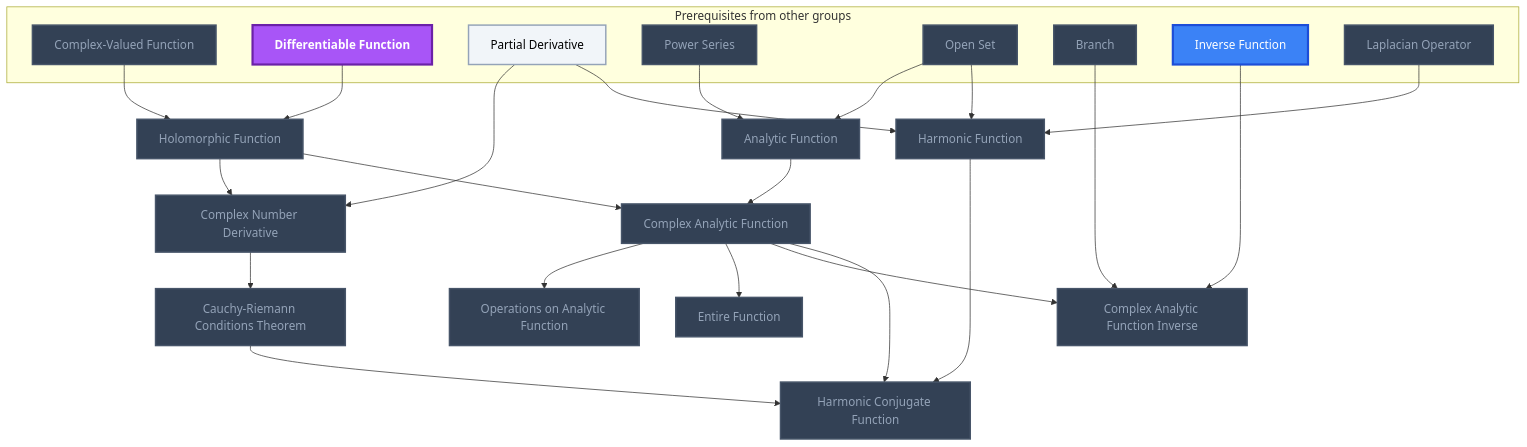
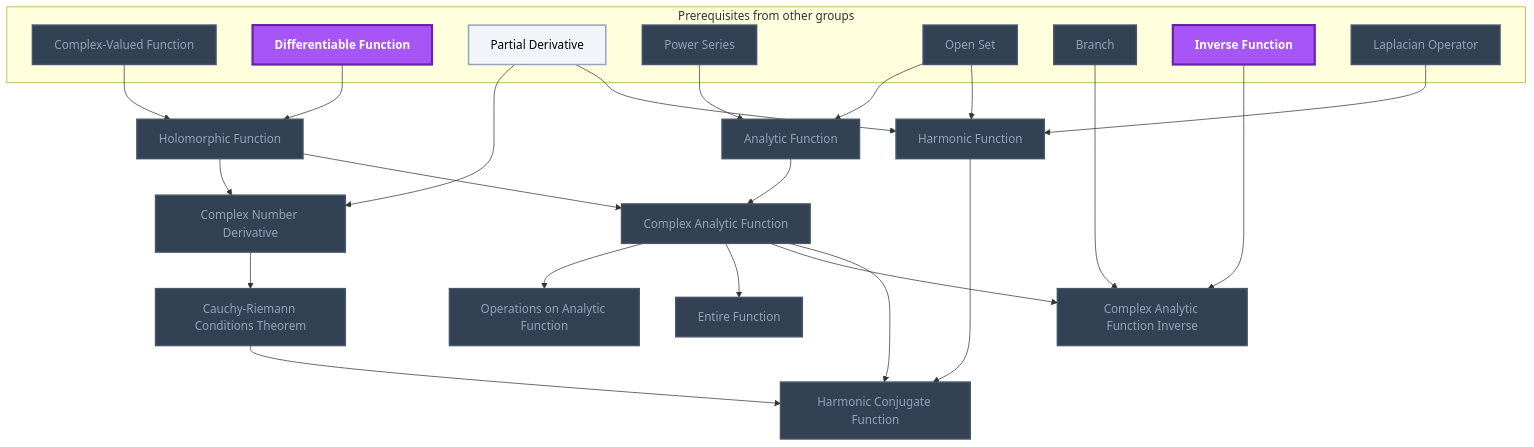
The sixth of 19 diagrams in Gamification/Skill Trees/Complex Analysis.md (MRauf1/My-Notes), drawn with Mermaid before and after one commit. The commit also changed other lines of this file and 57 other files, not shown here.

````diff
--- a/Gamification/Skill Trees/Complex Analysis.md
+++ b/Gamification/Skill Trees/Complex Analysis.md
@@ -230,57 +232,56 @@
 ```mermaid
 flowchart TD
     classDef planned fill:#1E293B,stroke:#64748B,stroke-width:2px,stroke-dasharray:5 5,color:#94A3B8;
     classDef locked fill:#334155,stroke:#475569,stroke-width:2px,color:#94A3B8;
     classDef L0 fill:#F1F5F9,stroke:#94A3B8,stroke-width:2px,color:#000000;
     classDef L1 fill:#22C55E,stroke:#15803D,stroke-width:2px,color:#000000;
     classDef L2 fill:#3B82F6,stroke:#1D4ED8,stroke-width:3px,color:#FFFFFF;
     classDef L3 fill:#A855F7,stroke:#6B21A8,stroke-width:3px,color:#FFFFFF,font-weight:bold;
     classDef L4 fill:#F97316,stroke:#C2410C,stroke-width:4px,color:#000000,font-weight:bold;
     classDef L5 fill:#FFD700,stroke:#FF8C00,stroke-width:5px,color:#000000,font-weight:bold;
     classDef rusty stroke:#8B4513,stroke-width:4px,stroke-dasharray:3 3;
     subgraph sg_prereqs["Prerequisites from other groups"]
         n_complex_valued_function["Complex-Valued Function"]
         n_differentiable_function["Differentiable Function"]
         n_partial_derivative["Partial Derivative"]
         n_power_series["Power Series"]
         n_open_set["Open Set"]
         n_branch["Branch"]
         n_inverse_function["Inverse Function"]
         n_laplacian_operator["Laplacian Operator"]
     end
     n_holomorphic_function["Holomorphic Function"]
     n_complex_number_derivative["Complex Number Derivative"]
     n_cauchy_riemann_conditions_theorem["Cauchy-Riemann Conditions Theorem"]
     n_analytic_function["Analytic Function"]
     n_complex_analytic_function["Complex Analytic Function"]
     n_operations_on_analytic_function["Operations on Analytic Function"]
     n_entire_function["Entire Function"]
     n_complex_analytic_function_inverse["Complex Analytic Function Inverse"]
     n_harmonic_function["Harmonic Function"]
     n_harmonic_conjugate_function["Harmonic Conjugate Function"]
     n_complex_valued_function --> n_holomorphic_function
     n_differentiable_function --> n_holomorphic_function
     n_holomorphic_function --> n_complex_number_derivative
     n_partial_derivative --> n_complex_number_derivative
     n_complex_number_derivative --> n_cauchy_riemann_conditions_theorem
     n_power_series --> n_analytic_function
     n_open_set --> n_analytic_function
     n_analytic_function --> n_complex_analytic_function
     n_holomorphic_function --> n_complex_analytic_function
     n_complex_analytic_function --> n_operations_on_analytic_function
     n_complex_analytic_function --> n_entire_function
     n_complex_analytic_function --> n_complex_analytic_function_inverse
     n_branch --> n_complex_analytic_function_inverse
     n_inverse_function --> n_complex_analytic_function_inverse
     n_partial_derivative --> n_harmonic_function
     n_laplacian_operator --> n_harmonic_function
     n_open_set --> n_harmonic_function
     n_harmonic_function --> n_harmonic_conjugate_function
     n_complex_analytic_function --> n_harmonic_conjugate_function
     n_cauchy_riemann_conditions_theorem --> n_harmonic_conjugate_function
     class n_complex_valued_function,n_power_series,n_open_set,n_branch,n_laplacian_operator,n_holomorphic_function,n_complex_number_derivative,n_cauchy_riemann_conditions_theorem,n_analytic_function,n_complex_analytic_function,n_operations_on_analytic_function,n_entire_function,n_complex_analytic_function_inverse,n_harmonic_function,n_harmonic_conjugate_function locked;
     class n_partial_derivative L0;
-    class n_inverse_function L2;
-    class n_differentiable_function L3;
+    class n_differentiable_function,n_inverse_function L3;
     class n_complex_valued_function,n_differentiable_function,n_partial_derivative,n_power_series,n_open_set,n_branch,n_inverse_function,n_laplacian_operator,n_holomorphic_function,n_complex_number_derivative,n_cauchy_riemann_conditions_theorem,n_analytic_function,n_complex_analytic_function,n_operations_on_analytic_function,n_entire_function,n_complex_analytic_function_inverse,n_harmonic_function,n_harmonic_conjugate_function internal-link;
 ```
````
